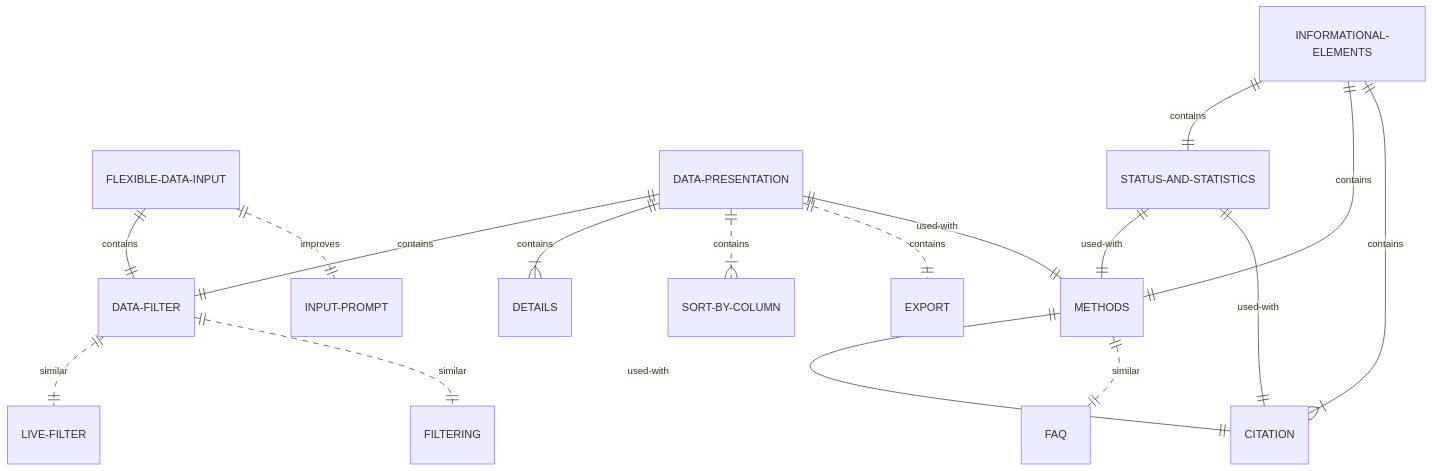
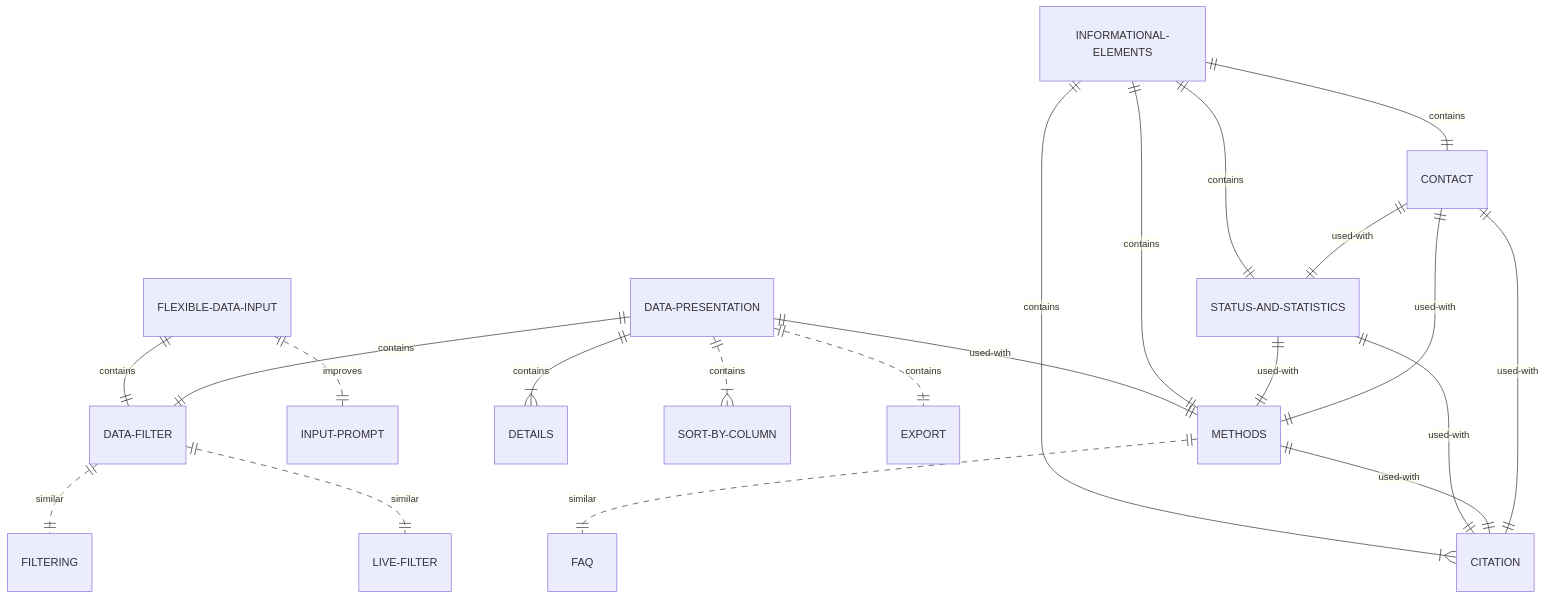
One commit to gbnegrini/bioinformatics-design-patterns changed the diagram in content/patterns/mirna-target-database/_index.md. Above: the diagram before and after it, drawn with Mermaid. The commit also changed 22 other files, not shown here.

````diff
--- a/content/patterns/mirna-target-database/_index.md
+++ b/content/patterns/mirna-target-database/_index.md
@@ -20,19 +20,23 @@
 ```mermaid
 erDiagram
     FLEXIBLE-DATA-INPUT ||--|| DATA-FILTER : contains
     FLEXIBLE-DATA-INPUT ||..|| INPUT-PROMPT : improves
     DATA-PRESENTATION ||--|| DATA-FILTER : contains
     DATA-PRESENTATION ||--|{ DETAILS : contains
     DATA-PRESENTATION ||..|{ SORT-BY-COLUMN : contains
     DATA-PRESENTATION ||..|| EXPORT : contains
     DATA-PRESENTATION ||--|| METHODS : used-with
     INFORMATIONAL-ELEMENTS ||--|| STATUS-AND-STATISTICS : contains
     INFORMATIONAL-ELEMENTS ||--|| METHODS : contains
     INFORMATIONAL-ELEMENTS ||--|{ CITATION : contains
+    INFORMATIONAL-ELEMENTS ||--|| CONTACT : contains
     STATUS-AND-STATISTICS ||--|| METHODS : used-with
     STATUS-AND-STATISTICS ||--|| CITATION : used-with
     METHODS ||--|| CITATION : used-with
     METHODS ||..|| FAQ : similar
+    CONTACT ||--|| CITATION : used-with
+    CONTACT ||--|| STATUS-AND-STATISTICS : used-with
+    CONTACT ||--|| METHODS : used-with
     DATA-FILTER ||..|| LIVE-FILTER : similar
     DATA-FILTER ||..|| FILTERING : similar
 ```
````
